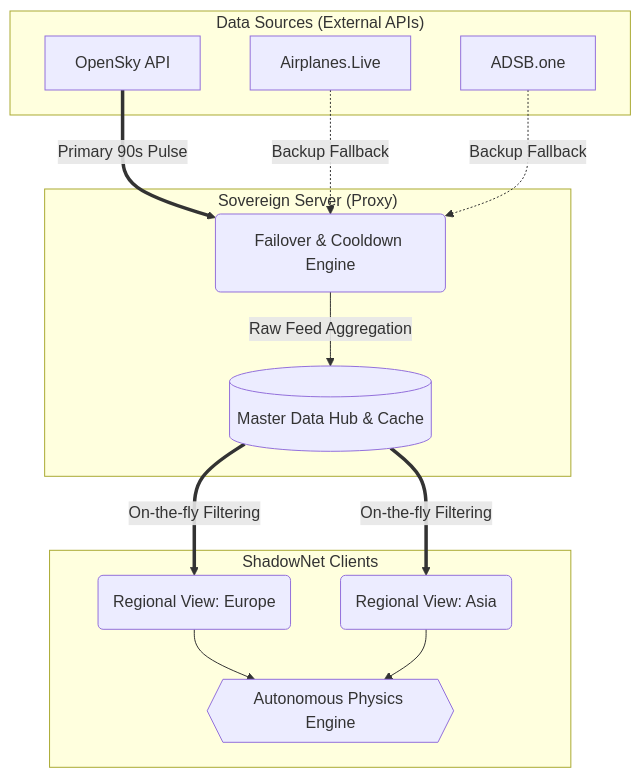
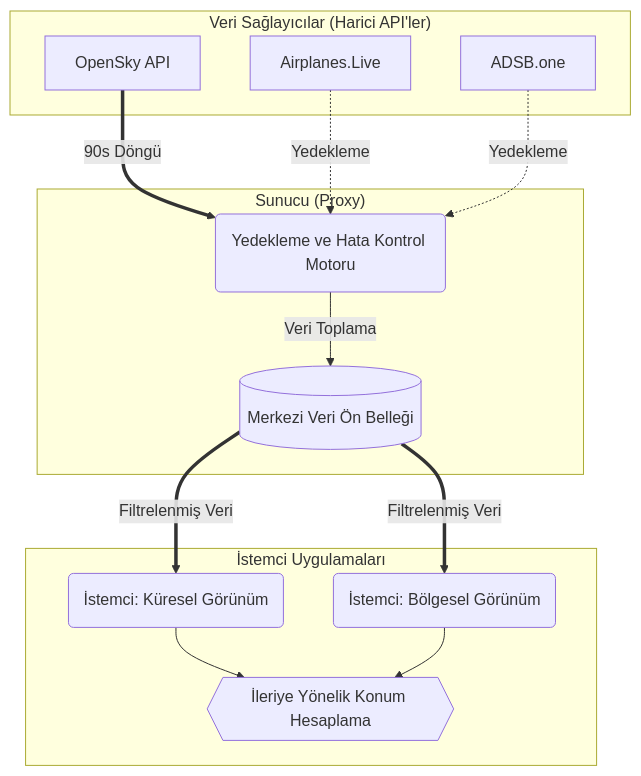
One commit to RedRiveRR/ShadowNET changed the diagram in README.md. Above: the diagram before and after it, drawn with Mermaid. The commit also changed other lines of this file, not shown here.

````diff
--- a/README.md
+++ b/README.md
@@ -19,31 +16,31 @@
 ```mermaid
 graph TD
-    subgraph DataSources["Data Sources (External APIs)"]
+    subgraph DataSources["Veri Sağlayıcılar (Harici API'ler)"]
         O[OpenSky API]
         A[Airplanes.Live]
         B[ADSB.one]
     end
 
-    subgraph ServerSide["Sovereign Server (Proxy)"]
-        F(Failover & Cooldown Engine)
-        M[(Master Data Hub & Cache)]
+    subgraph ServerSide["Sunucu (Proxy)"]
+        F(Yedekleme ve Hata Kontrol Motoru)
+        M[(Merkezi Veri Ön Belleği)]
     end
 
-    subgraph ClientSide["ShadowNet Clients"]
-        U1(Regional View: Europe)
-        U2(Regional View: Asia)
-        P{{Autonomous Physics Engine}}
+    subgraph ClientSide["İstemci Uygulamaları"]
+        U1(İstemci: Küresel Görünüm)
+        U2(İstemci: Bölgesel Görünüm)
+        P{{İleriye Yönelik Konum Hesaplama}}
     end
 
-    O ==>|Primary 90s Pulse| F
-    A -.->|Backup Fallback| F
-    B -.->|Backup Fallback| F
+    O ==>|90s Döngü| F
+    A -.->|Yedekleme| F
+    B -.->|Yedekleme| F
     
-    F -->|Raw Feed Aggregation| M
+    F -->|Veri Toplama| M
     
-    M ==>|On-the-fly Filtering| U1
-    M ==>|On-the-fly Filtering| U2
+    M ==>|Filtrelenmiş Veri| U1
+    M ==>|Filtrelenmiş Veri| U2
 
     U1 --> P
     U2 --> P
 ```
````
